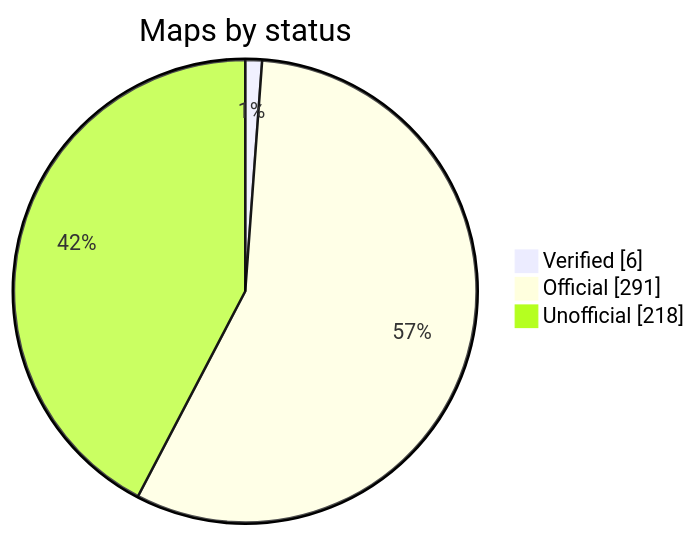
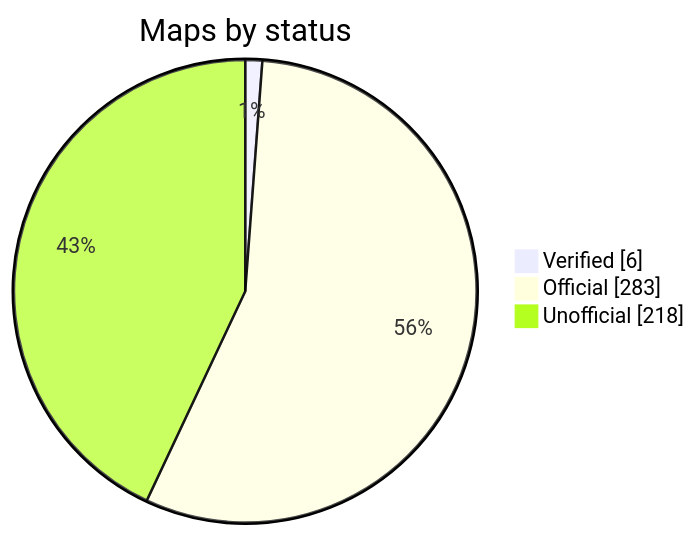
Before and after one commit to nobrega8/mbmap-library: the diagram in README.md, drawn with Mermaid. The commit also changed 1 other file, not shown here.

Commit message:
Index only the Treetech TM map

````diff
--- a/README.md
+++ b/README.md
@@ -50,7 +50,7 @@
 ```mermaid
 pie showData
     title Maps by status
     "Verified" : 6
-    "Official" : 291
+    "Official" : 283
     "Unofficial" : 218
 ```
````
